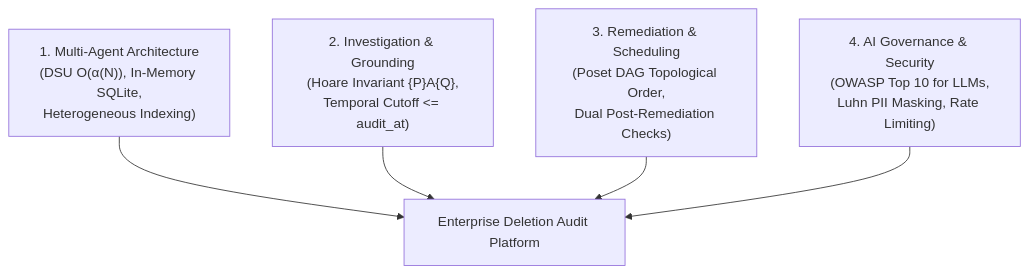
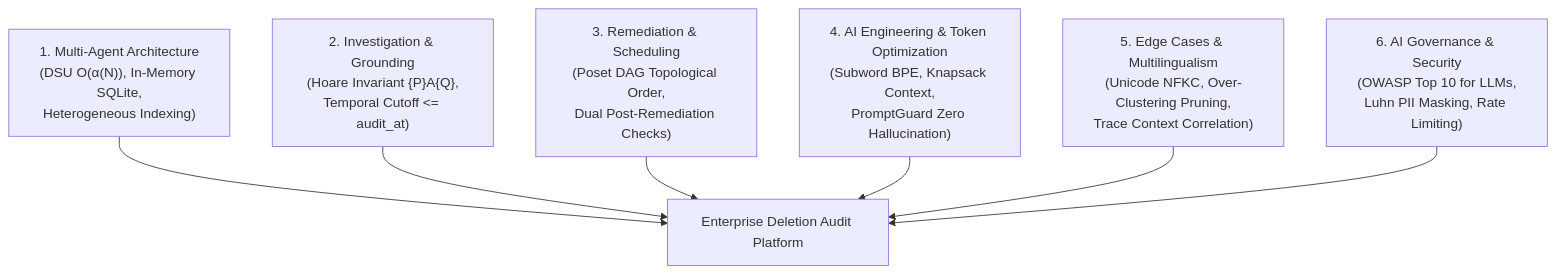
One commit to piyushmakhija28/hackerrank-orchestrate-october26 changed the diagram in docs/ai_judge_interview_prep.md. Above: the diagram before and after it, drawn with Mermaid. The commit also changed other lines of this file and 3 other files, not shown here.

````diff
--- a/docs/ai_judge_interview_prep.md
+++ b/docs/ai_judge_interview_prep.md
@@ -29,12 +32,16 @@
 ```mermaid
 flowchart TD
     P1["1. Multi-Agent Architecture\n(DSU O(α(N)), In-Memory SQLite,\nHeterogeneous Indexing)"]
     P2["2. Investigation & Grounding\n(Hoare Invariant {P}A{Q},\nTemporal Cutoff <= audit_at)"]
     P3["3. Remediation & Scheduling\n(Poset DAG Topological Order,\nDual Post-Remediation Checks)"]
-    P4["4. AI Governance & Security\n(OWASP Top 10 for LLMs,\nLuhn PII Masking, Rate Limiting)"]
+    P4["4. AI Engineering & Token Optimization\n(Subword BPE, Knapsack Context,\nPromptGuard Zero Hallucination)"]
+    P5["5. Edge Cases & Multilingualism\n(Unicode NFKC, Over-Clustering Pruning,\nTrace Context Correlation)"]
+    P6["6. AI Governance & Security\n(OWASP Top 10 for LLMs,\nLuhn PII Masking, Rate Limiting)"]
 
     P1 --> Engine["Enterprise Deletion Audit Platform"]
     P2 --> Engine
     P3 --> Engine
     P4 --> Engine
+    P5 --> Engine
+    P6 --> Engine
 ```
````
